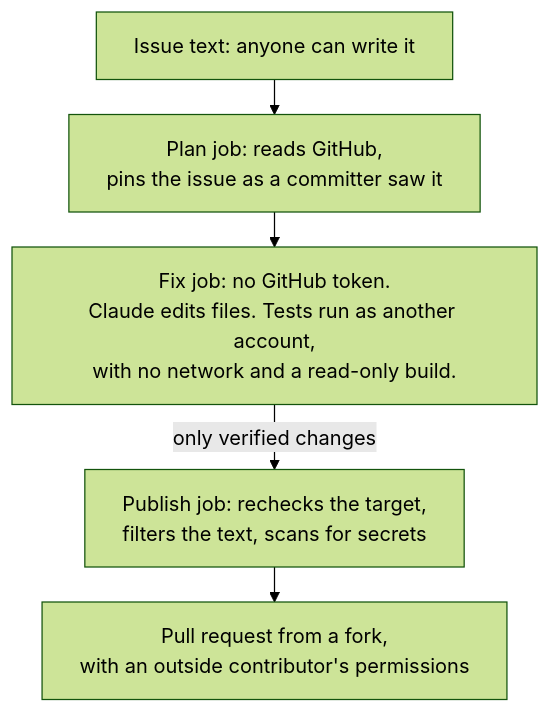
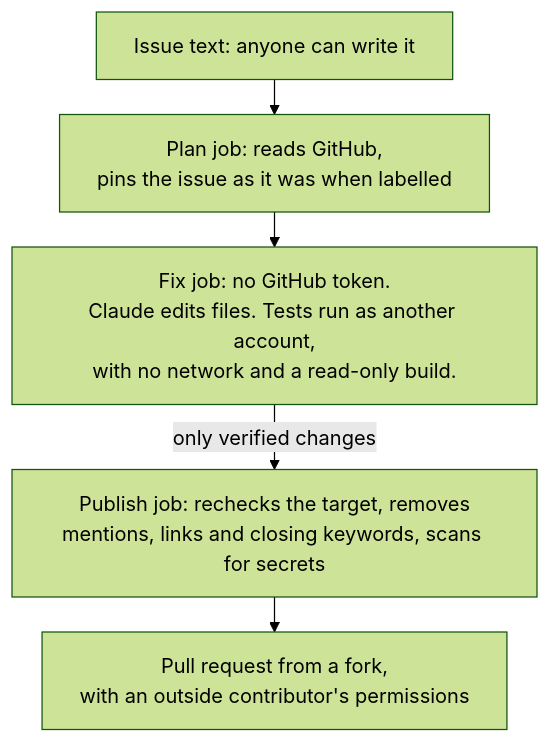
Before and after one commit to sarthakaggarwal97/valkey-ci-agent: the fourth of 4 diagrams in docs/design/software-factory.md, drawn with Mermaid (forest theme). The commit also changed other lines of this file, not shown here.

````diff
--- a/docs/design/software-factory.md
+++ b/docs/design/software-factory.md
@@ -226,8 +228,8 @@
 ```mermaid
 %%{init: {"flowchart": {"nodeSpacing": 20, "rankSpacing": 28, "wrappingWidth": 360}}}%%
 flowchart TD
-    I["Issue text: anyone can write it"] --> P["Plan job: reads GitHub,<br/>pins the issue as a committer saw it"]
+    I["Issue text: anyone can write it"] --> P["Plan job: reads GitHub,<br/>pins the issue as it was when labelled"]
     P --> F["Fix job: no GitHub token.<br/>Claude edits files. Tests run as another account,<br/>with no network and a read-only build."]
-    F -->|"only verified changes"| U["Publish job: rechecks the target,<br/>filters the text, scans for secrets"]
+    F -->|"only verified changes"| U["Publish job: rechecks the target, removes<br/>mentions, links and closing keywords, scans for secrets"]
     U --> O["Pull request from a fork,<br/>with an outside contributor's permissions"]
 ```
````
